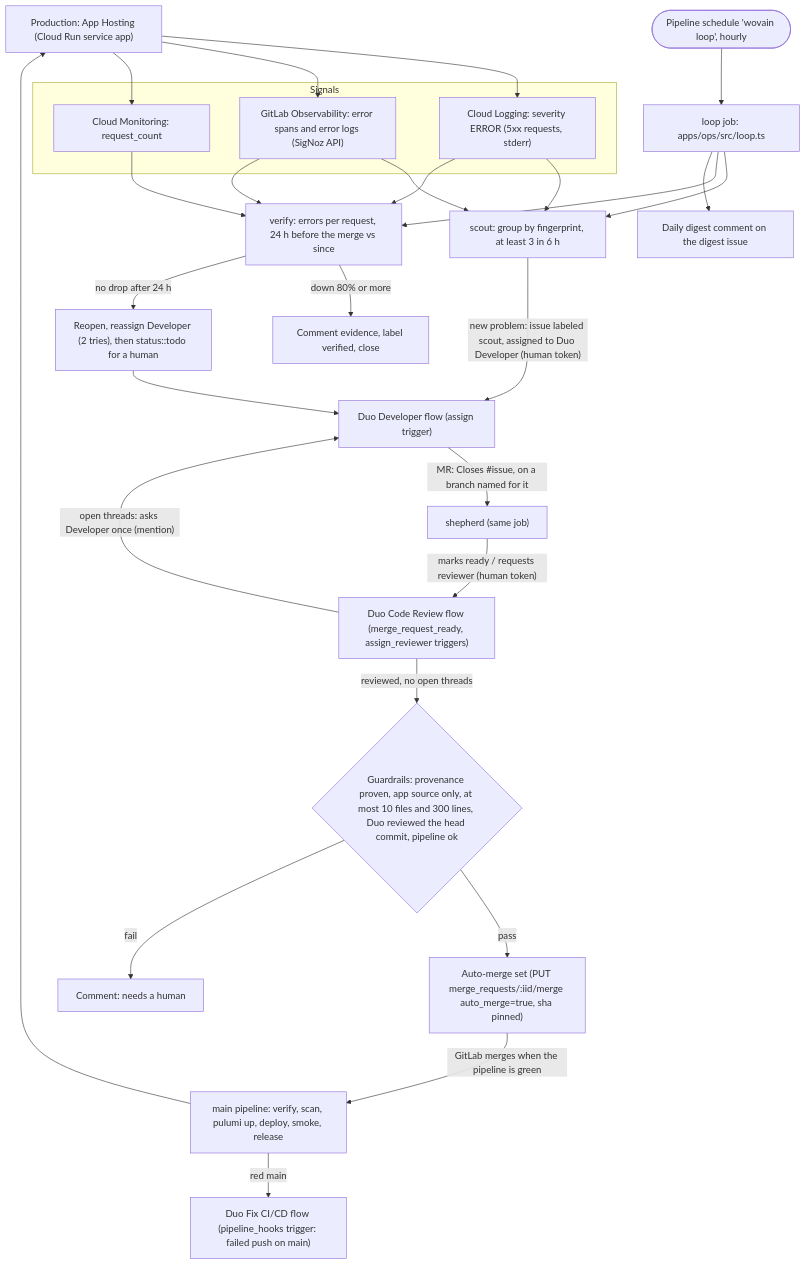
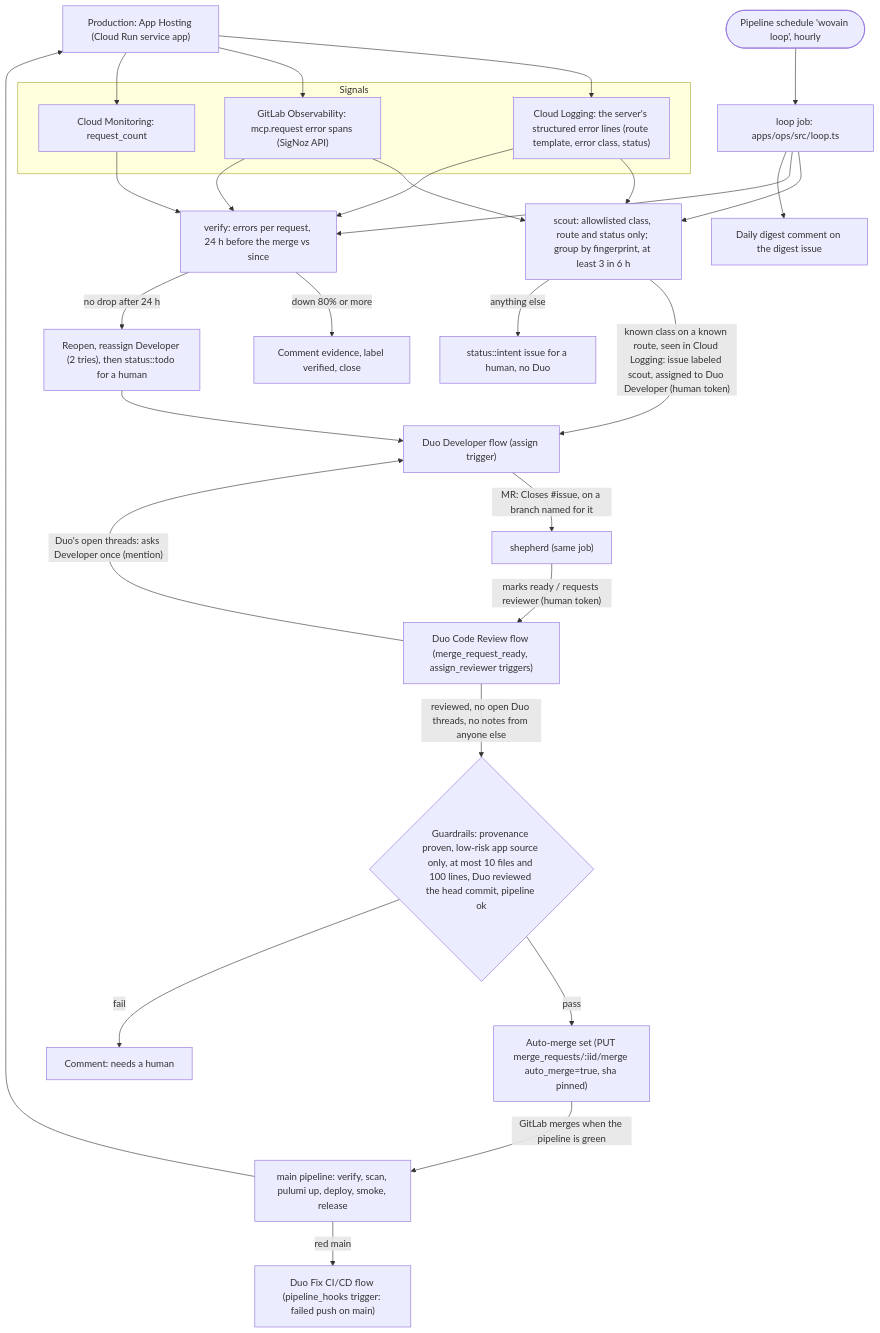
One commit to sami-m-g/wovain changed the diagram in docs/loop.md. Above: the diagram before and after it, drawn with Mermaid. The commit also changed other lines of this file and 18 other files, not shown here.

````diff
--- a/docs/loop.md
+++ b/docs/loop.md
@@ -5,29 +5,30 @@
 ```mermaid
 flowchart TD
   prod["Production: App Hosting (Cloud Run service app)"]
   subgraph signals["Signals"]
-    cl["Cloud Logging: severity ERROR (5xx requests, stderr)"]
-    o11y["GitLab Observability: error spans and error logs (SigNoz API)"]
+    cl["Cloud Logging: the server's structured error lines (route template, error class, status)"]
+    o11y["GitLab Observability: mcp.request error spans (SigNoz API)"]
     mon["Cloud Monitoring: request_count"]
   end
   prod --> cl & o11y & mon
   sched(["Pipeline schedule 'wovain loop', hourly"]) --> loop["loop job: apps/ops/src/loop.ts"]
-  cl & o11y --> scout["scout: group by fingerprint, at least 3 in 6 h"]
+  cl & o11y --> scout["scout: allowlisted class, route and status only; group by fingerprint, at least 3 in 6 h"]
   loop --> scout
-  scout -->|"new problem: issue labeled scout, assigned to Duo Developer (human token)"| dev["Duo Developer flow (assign trigger)"]
+  scout -->|"known class on a known route, seen in Cloud Logging: issue labeled scout, assigned to Duo Developer (human token)"| dev["Duo Developer flow (assign trigger)"]
+  scout -->|"anything else"| intent["status::intent issue for a human, no Duo"]
   dev -->|"MR: Closes #issue, on a branch named for it"| shep["shepherd (same job)"]
   shep -->|"marks ready / requests reviewer (human token)"| cr["Duo Code Review flow (merge_request_ready, assign_reviewer triggers)"]
-  cr -->|"open threads: asks Developer once (mention)"| dev
-  cr -->|"reviewed, no open threads"| guard{"Guardrails: provenance proven, app source only, at most 10 files and 300 lines, Duo reviewed the head commit, pipeline ok"}
+  cr -->|"Duo's open threads: asks Developer once (mention)"| dev
+  cr -->|"reviewed, no open Duo threads, no notes from anyone else"| guard{"Guardrails: provenance proven, low-risk app source only, at most 10 files and 100 lines, Duo reviewed the head commit, pipeline ok"}
   guard -->|pass| am["Auto-merge set (PUT merge_requests/:iid/merge auto_merge=true, sha pinned)"]
   guard -->|fail| human["Comment: needs a human"]
   am -->|"GitLab merges when the pipeline is green"| main["main pipeline: verify, scan, pulumi up, deploy, smoke, release"]
   main -->|"red main"| fix["Duo Fix CI/CD flow (pipeline_hooks trigger: failed push on main)"]
   main --> prod
   mon & cl & o11y --> verify["verify: errors per request, 24 h before the merge vs since"]
   loop --> verify
   verify -->|"down 80% or more"| closed["Comment evidence, label verified, close"]
   verify -->|"no drop after 24 h"| reopen["Reopen, reassign Developer (2 tries), then status::todo for a human"]
   reopen --> dev
   loop --> digest["Daily digest comment on the digest issue"]
 ```
````
